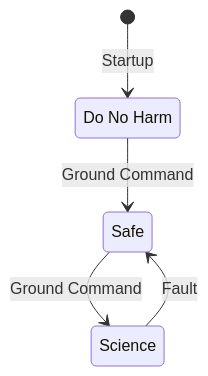
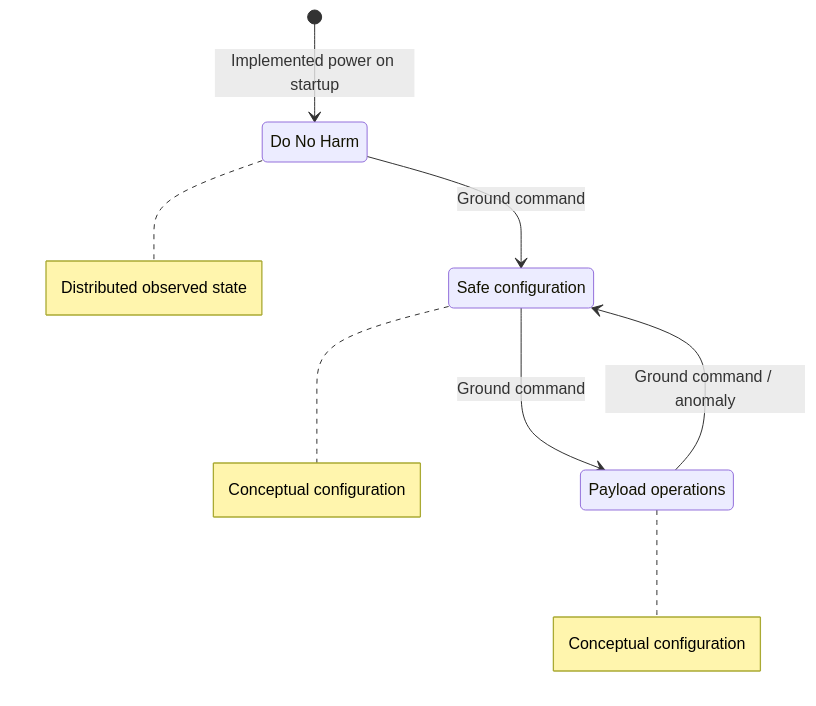
The diagram in atlas/docs/drm/concept-of-operations.md (VoyagerTechnologies-Public/shire), drawn with Mermaid before and after one commit. The commit also changed other lines of this file and 2 other files, not shown here.

````diff
--- a/atlas/docs/drm/concept-of-operations.md
+++ b/atlas/docs/drm/concept-of-operations.md
@@ -50,8 +32,21 @@
 ``` mermaid
 stateDiagram-v2
-    dnh: Do No Harm
-    [*] --> dnh :Startup
-    dnh --> Safe :Ground Command
-    Safe --> Science:Ground Command
-    Science --> Safe: Fault
+    state "Do No Harm" as DNH
+    state "Safe configuration" as SAFE
+    state "Payload operations" as PAYLOAD
+
+    [*] --> DNH: Implemented power on startup
+    DNH --> SAFE: Ground command
+    SAFE --> PAYLOAD: Ground command
+    PAYLOAD --> SAFE: Ground command / anomaly
+
+    note right of DNH
+        Distributed observed state
+    end note
+    note right of SAFE
+        Conceptual configuration
+    end note
+    note right of PAYLOAD
+        Conceptual configuration
+    end note
 ```
````
